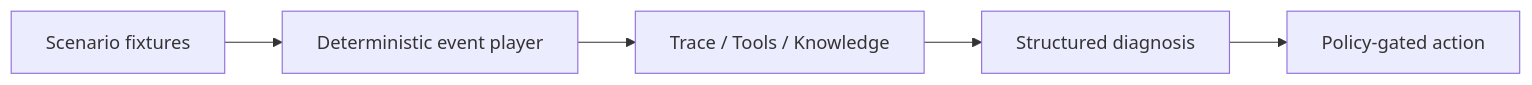
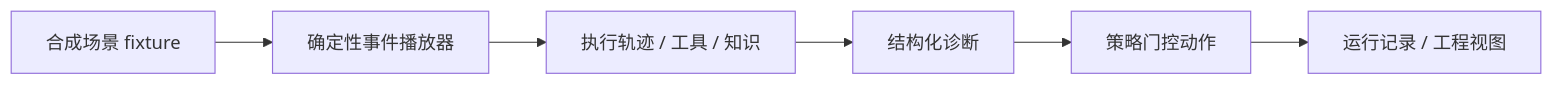
One commit to violetloveAI/enterprise-support-copilot changed the diagram in README.md. Above: the diagram before and after it, drawn with Mermaid. The commit also changed other lines of this file, not shown here.

````diff
--- a/README.md
+++ b/README.md
@@ -53,7 +67,8 @@
 ```mermaid
 flowchart LR
-    Fixtures[Scenario fixtures] --> Playback[Deterministic event player]
-    Playback --> Evidence[Trace / Tools / Knowledge]
-    Evidence --> Diagnosis[Structured diagnosis]
-    Diagnosis --> Approval[Policy-gated action]
+    Fixtures[合成场景 fixture] --> Playback[确定性事件播放器]
+    Playback --> Evidence[执行轨迹 / 工具 / 知识]
+    Evidence --> Diagnosis[结构化诊断]
+    Diagnosis --> Approval[策略门控动作]
+    Approval --> Audit[运行记录 / 工程视图]
 ```
````
